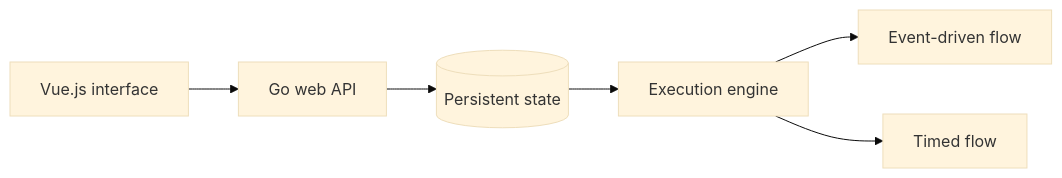
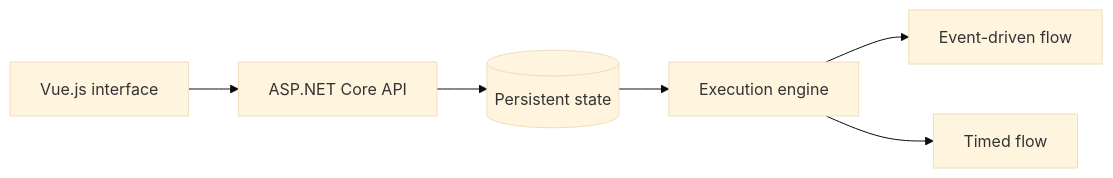
Before and after one commit to mekatrol/flow-control-automation: the diagram in .codex/instructions.md, drawn with Mermaid (base theme). The commit also changed other lines of this file and 17 other files, not shown here.

````diff
--- a/.codex/instructions.md
+++ b/.codex/instructions.md
@@ -85,8 +85,8 @@
 ```mermaid
 flowchart LR
-    UI[Vue.js interface] --> API[Go web API]
+    UI[Vue.js interface] --> API[ASP.NET Core API]
     API --> State[(Persistent state)]
     State --> Engine[Execution engine]
     Engine --> EventFlow[Event-driven flow]
     Engine --> TimedFlow[Timed flow]
 ```
````
